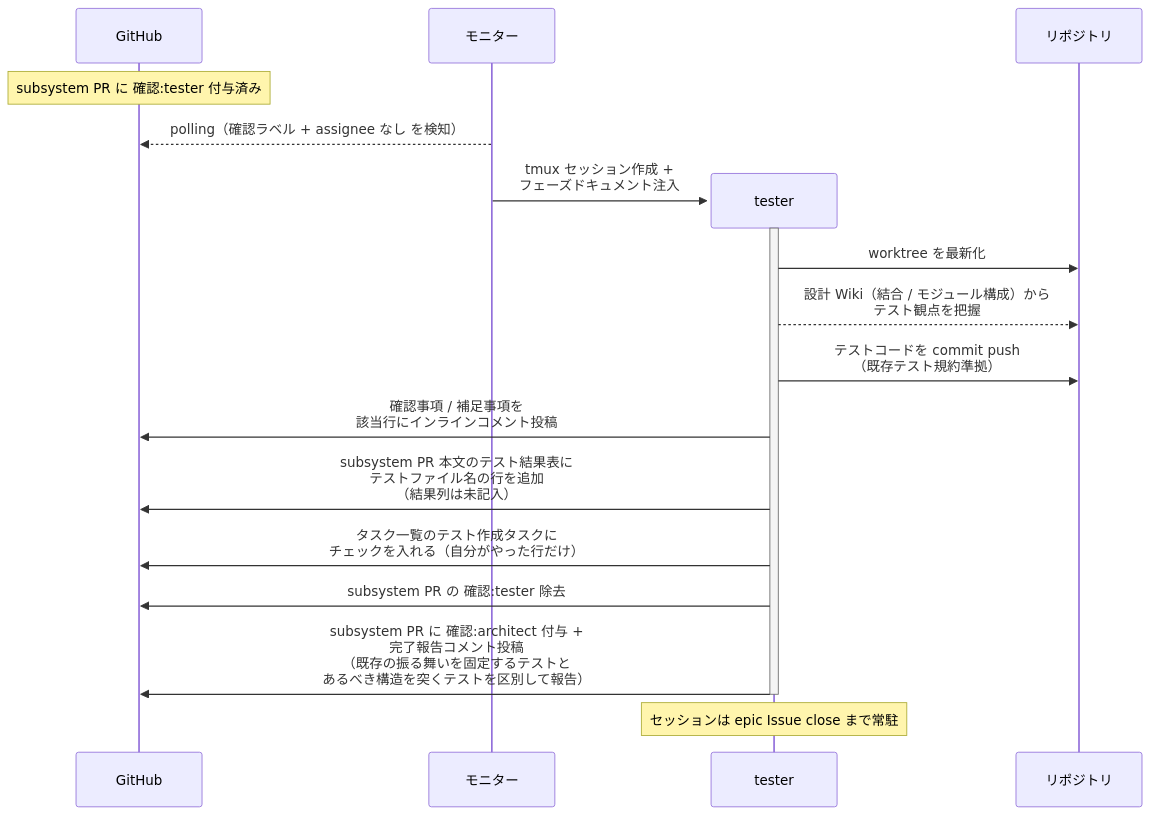
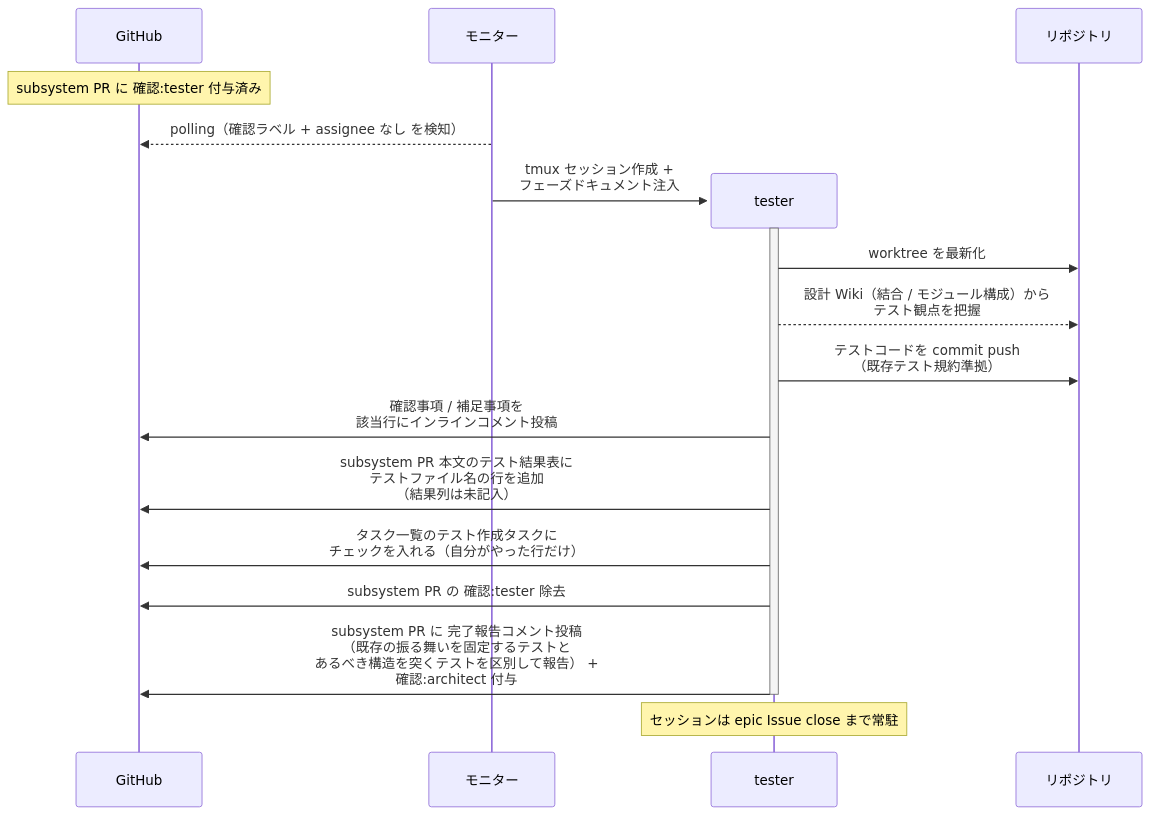
Before and after one commit to shuhei1101/ai-monitor: the second of 3 diagrams in docs/wiki/設計図/シナリオ/単一ユースケース/テスト作成.md, drawn with Mermaid. The commit also changed other lines of this file and 29 other files, not shown here.

````diff
--- a/docs/wiki/設計図/シナリオ/単一ユースケース/テスト作成.md
+++ b/docs/wiki/設計図/シナリオ/単一ユースケース/テスト作成.md
@@ -74,22 +74,22 @@
 ```mermaid
 sequenceDiagram
   participant GH as GitHub
   participant ORC as モニター
 
   Note over GH: subsystem PR に 確認:tester 付与済み
   ORC-->>GH: polling（確認ラベル + assignee なし を検知）
   create participant MON as tester
   ORC->>MON: tmux セッション作成 +<br>フェーズドキュメント注入
   participant REPO as リポジトリ
   activate MON
   MON->>REPO: worktree を最新化
   MON-->>REPO: 設計 Wiki（結合 / モジュール構成）から<br>テスト観点を把握
   MON->>REPO: テストコードを commit push<br>（既存テスト規約準拠）
   MON->>GH: 確認事項 / 補足事項を<br>該当行にインラインコメント投稿
   MON->>GH: subsystem PR 本文のテスト結果表に<br>テストファイル名の行を追加<br>（結果列は未記入）
   MON->>GH: タスク一覧のテスト作成タスクに<br>チェックを入れる（自分がやった行だけ）
   MON->>GH: subsystem PR の 確認:tester 除去
-  MON->>GH: subsystem PR に 確認:architect 付与 +<br>完了報告コメント投稿<br>（既存の振る舞いを固定するテストと<br>あるべき構造を突くテストを区別して報告）
+  MON->>GH: subsystem PR に 完了報告コメント投稿<br>（既存の振る舞いを固定するテストと<br>あるべき構造を突くテストを区別して報告） +<br>確認:architect 付与
   deactivate MON
   Note over MON: セッションは epic Issue close まで常駐
 ```
````
